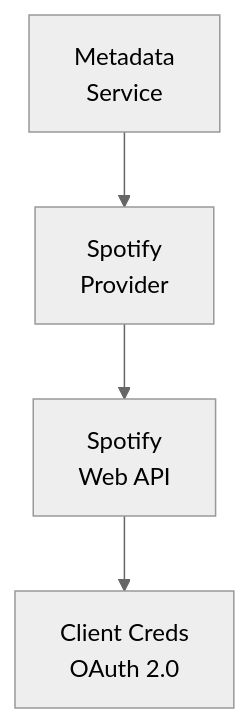
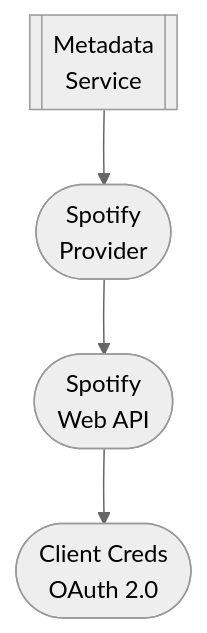
Before and after one commit to lusoris/revenge: the diagram in docs/dev/design/integrations/metadata/music/SPOTIFY.md, drawn with Mermaid (neutral theme). The commit also changed 208 other files, not shown here.

First line of the commit message:
feat(docs): Improve ASCII to Mermaid converter with proper box extraction

````diff
--- a/docs/dev/design/integrations/metadata/music/SPOTIFY.md
+++ b/docs/dev/design/integrations/metadata/music/SPOTIFY.md
@@ -59,10 +59,10 @@
 ```mermaid
 flowchart TD
-    node1["Metadata<br/>Service"]
-    node2["Spotify<br/>Provider"]
-    node3["Spotify<br/>Web API"]
-    node4["Client Creds<br/>OAuth 2.0"]
+    node1[[Metadata<br/>Service]]
+    node2([Spotify<br/>Provider])
+    node3([Spotify<br/>Web API])
+    node4([Client Creds<br/>OAuth 2.0])
     node1 --> node2
     node2 --> node3
     node3 --> node4
 ```
````
